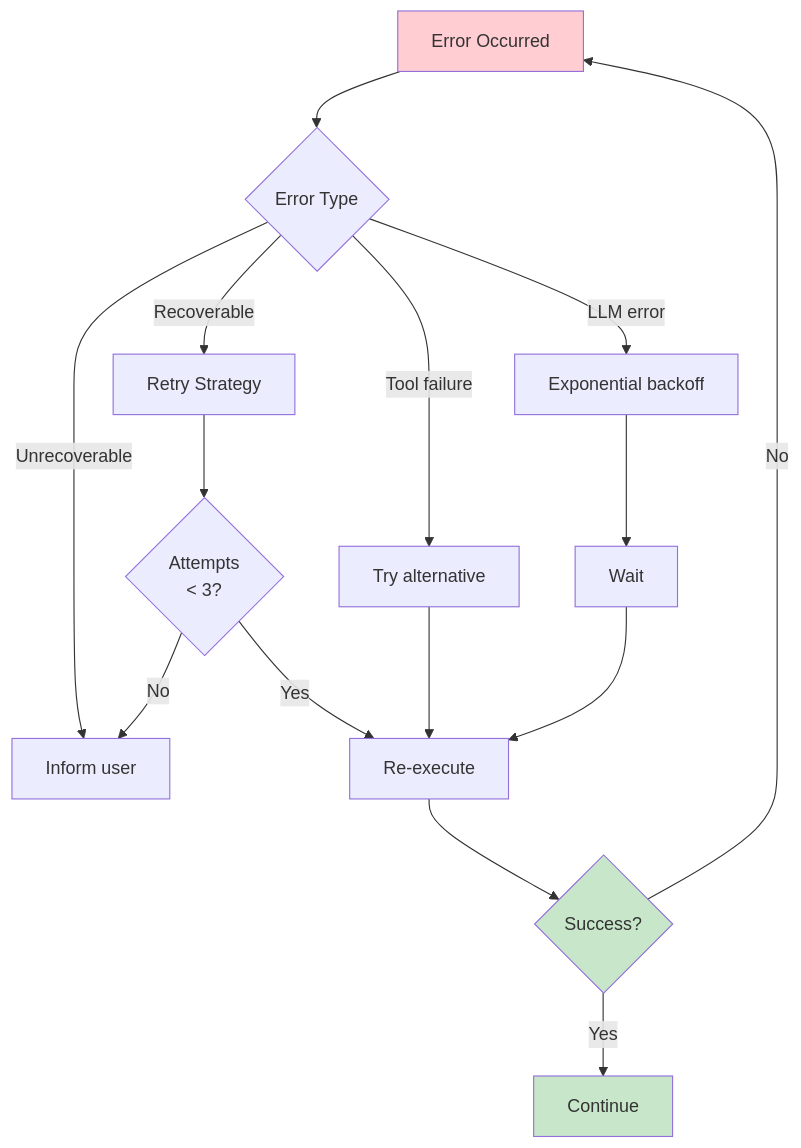
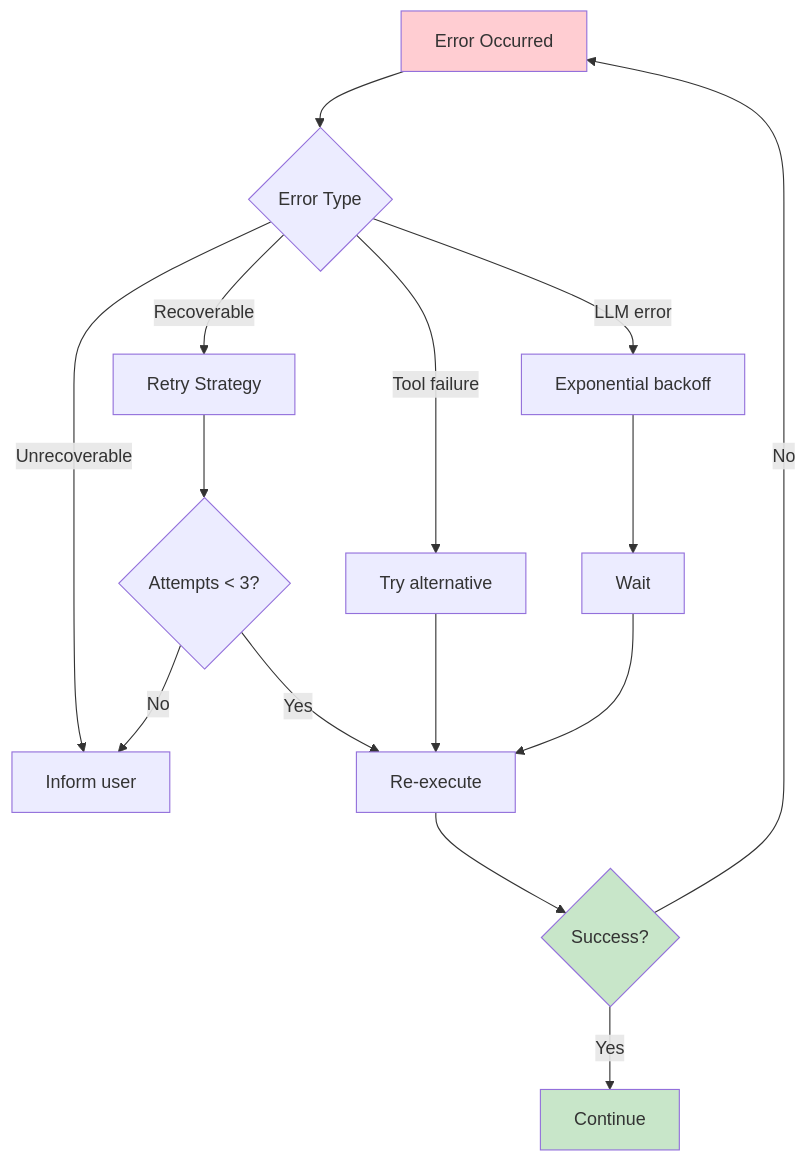
One commit to softwarewrighter/emacs-agent changed the ninth of 9 diagrams in wiki/Agent-System.md. Above: the diagram before and after it, drawn with Mermaid. The commit also changed other lines of this file and 7 other files, not shown here.

First line of the commit message:
Fix wiki Mermaid diagrams: remove <br/> tags

````diff
--- a/wiki/Agent-System.md
+++ b/wiki/Agent-System.md
@@ -481,25 +481,25 @@
 ```mermaid
 graph TB
     ERROR[Error Occurred] --> TYPE{Error Type}
 
     TYPE -->|Recoverable| RETRY[Retry Strategy]
     TYPE -->|Tool failure| ALTERNATIVE[Try alternative]
     TYPE -->|LLM error| BACKOFF[Exponential backoff]
     TYPE -->|Unrecoverable| INFORM[Inform user]
 
-    RETRY --> ATTEMPT{Attempts<br/>< 3?}
+    RETRY --> ATTEMPT{Attempts < 3?}
     ATTEMPT -->|Yes| EXECUTE[Re-execute]
     ATTEMPT -->|No| INFORM
 
     ALTERNATIVE --> EXECUTE
     BACKOFF --> WAIT[Wait]
     WAIT --> EXECUTE
 
     EXECUTE --> SUCCESS{Success?}
     SUCCESS -->|Yes| CONTINUE[Continue]
     SUCCESS -->|No| ERROR
 
     style ERROR fill:#ffcdd2
     style SUCCESS fill:#c8e6c9
     style CONTINUE fill:#c8e6c9
 ```
````
